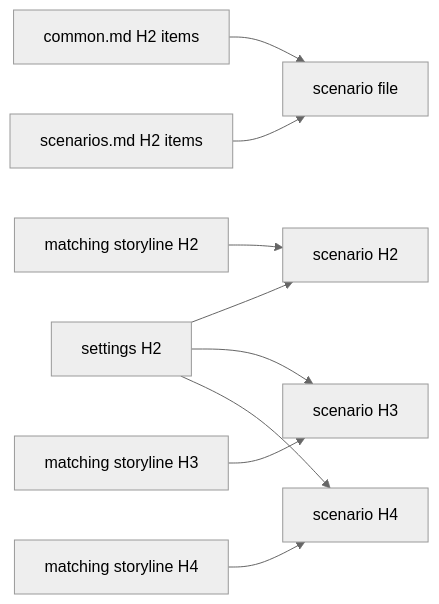
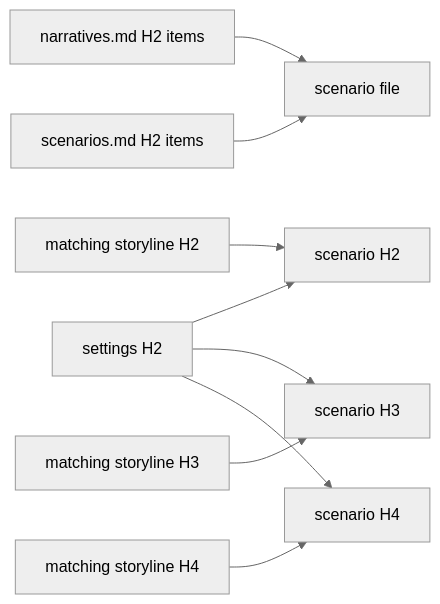
Before and after one commit to samchon/novels: the diagram in .agents/skills/novel/scenarios.md, drawn with Mermaid (neutral theme). The commit also changed other lines of this file and 13 other files, not shown here.

````diff
--- a/.agents/skills/novel/scenarios.md
+++ b/.agents/skills/novel/scenarios.md
@@ -13,11 +13,11 @@
 ```mermaid
 flowchart LR
-  PC["common.md H2 items"] --> CF["scenario file"]
+  PC["narratives.md H2 items"] --> CF["scenario file"]
   PL["scenarios.md H2 items"] --> CF
   F["settings H2"] --> C2["scenario H2"]
   F --> C3["scenario H3"]
   F --> C4["scenario H4"]
   T2["matching storyline H2"] --> C2
   T3["matching storyline H3"] --> C3
   T4["matching storyline H4"] --> C4
 ```
````
